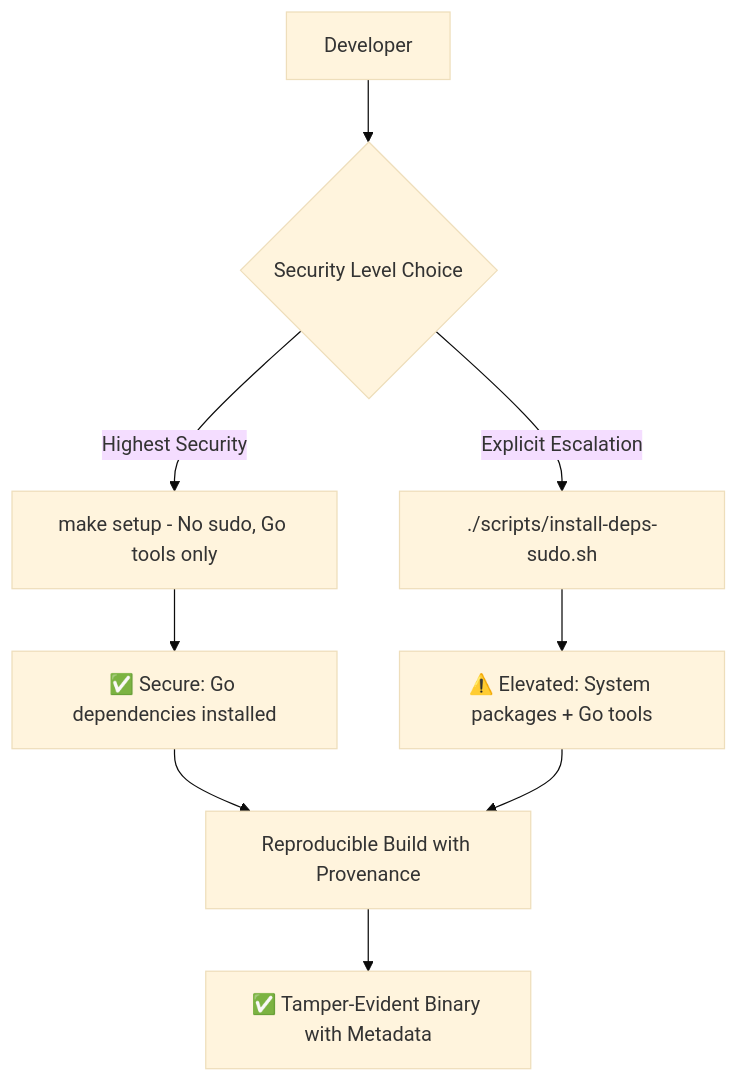
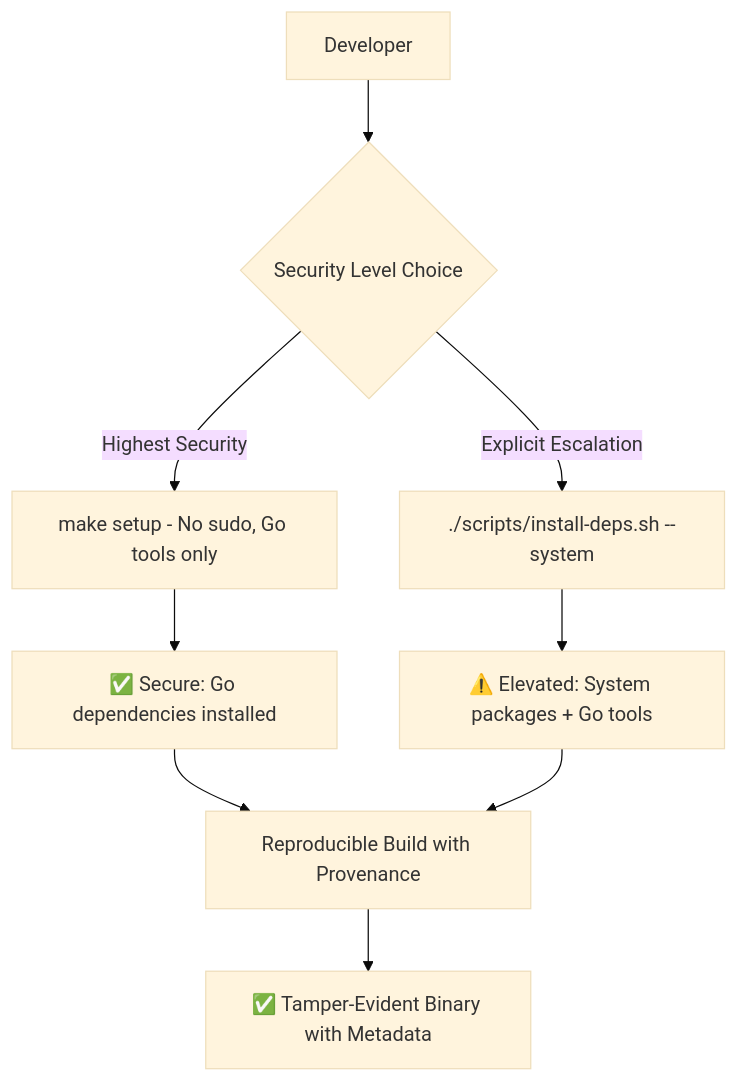
The diagram in docs/SECURITY_UPDATE_2024.md (sufield/ephemos), drawn with Mermaid (base theme) before and after one commit. The commit also changed other lines of this file and 9 other files, not shown here.

First line of the commit message:
Consolidate install scripts into single script with --system flag

````diff
--- a/docs/SECURITY_UPDATE_2024.md
+++ b/docs/SECURITY_UPDATE_2024.md
@@ -71,11 +71,11 @@
 ```mermaid
 graph TD
     A[Developer] --> B{Security Level Choice}
     B -->|Highest Security| C[make setup - No sudo, Go tools only]
-    B -->|Explicit Escalation| D[./scripts/install-deps-sudo.sh]
+    B -->|Explicit Escalation| D[./scripts/install-deps.sh --system]
     C --> E[✅ Secure: Go dependencies installed]
     D --> F[⚠️ Elevated: System packages + Go tools]
     E --> G[Reproducible Build with Provenance]
     F --> G[Reproducible Build with Provenance]
     G --> H[✅ Tamper-Evident Binary with Metadata]
 ```
````
